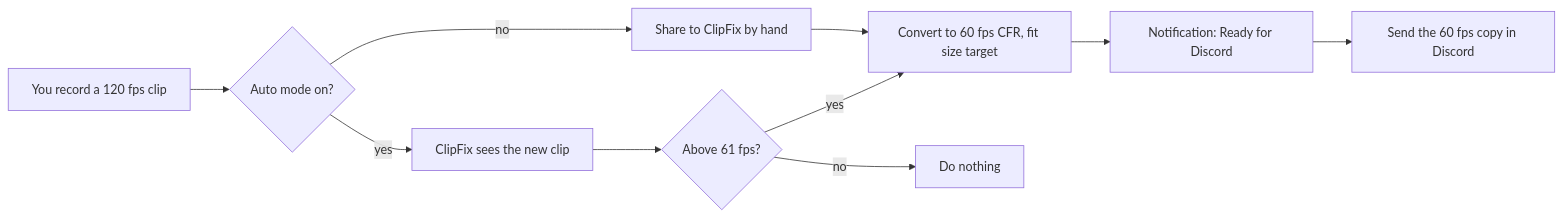
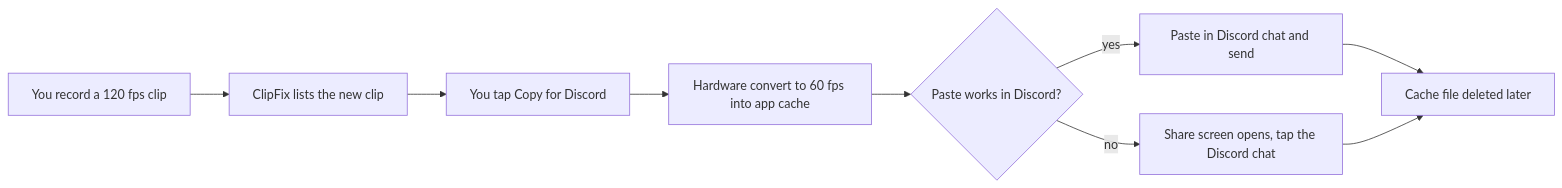
One commit to Horali/DiscordConverterFix changed the diagram in plan.md. Above: the diagram before and after it, drawn with Mermaid. The commit also changed other lines of this file, not shown here.

First line of the commit message:
docs(plan): choose android app with tap-to-copy flow

````diff
--- a/plan.md
+++ b/plan.md
@@ -127,12 +147,11 @@
 ```mermaid
 flowchart LR
-    R[You record a 120 fps clip] --> W{Auto mode on?}
-    W -- no --> S[Share to ClipFix by hand]
-    W -- yes --> D[ClipFix sees the new clip]
-    S --> C
-    D --> F{Above 61 fps?}
-    F -- no --> X[Do nothing]
-    F -- yes --> C[Convert to 60 fps CFR, fit size target]
-    C --> N[Notification: Ready for Discord]
-    N --> U[Send the 60 fps copy in Discord]
+    R[You record a 120 fps clip] --> L[ClipFix lists the new clip]
+    L --> T[You tap Copy for Discord]
+    T --> C[Hardware convert to 60 fps into app cache]
+    C --> P{Paste works in Discord?}
+    P -- yes --> V[Paste in Discord chat and send]
+    P -- no --> S[Share screen opens, tap the Discord chat]
+    V --> D[Cache file deleted later]
+    S --> D
 ```
````
